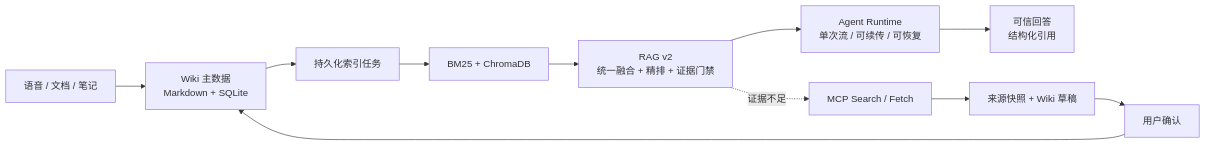
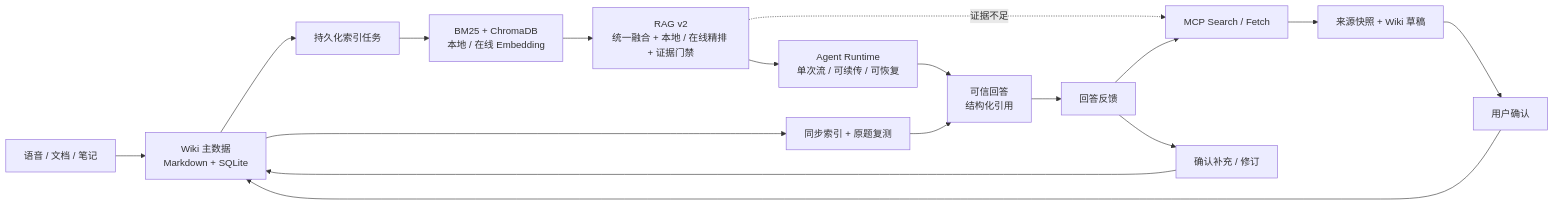
The diagram in README.md (3336-zheng/zhiyu-voice-assistant), drawn with Mermaid before and after one commit. The commit also changed other lines of this file and 10 other files, not shown here.

````diff
--- a/README.md
+++ b/README.md
@@ -39,13 +41,19 @@
 ```mermaid
 flowchart LR
     A["语音 / 文档 / 笔记"] --> B["Wiki 主数据<br/>Markdown + SQLite"]
     B --> C["持久化索引任务"]
-    C --> D["BM25 + ChromaDB"]
-    D --> E["RAG v2<br/>统一融合 + 精排 + 证据门禁"]
+    C --> D["BM25 + ChromaDB<br/>本地 / 在线 Embedding"]
+    D --> E["RAG v2<br/>统一融合 + 本地 / 在线精排 + 证据门禁"]
     E --> F["Agent Runtime<br/>单次流 / 可续传 / 可恢复"]
     F --> G["可信回答<br/>结构化引用"]
     E -.证据不足.-> H["MCP Search / Fetch"]
     H --> I["来源快照 + Wiki 草稿"]
     I --> J["用户确认"]
     J --> B
+    G --> K["回答反馈"]
+    K --> H
+    K --> L["确认补充 / 修订"]
+    L --> B
+    B --> M["同步索引 + 原题复测"]
+    M --> G
 ```
````
